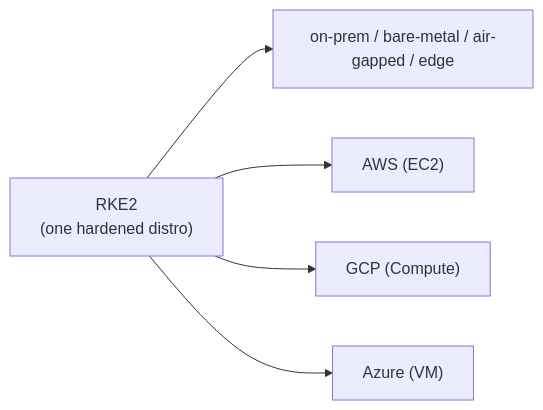
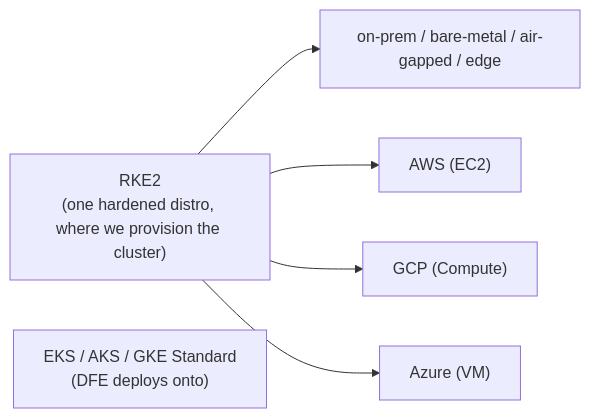
The second of 2 diagrams in docs/deployment/rke2.md (hyperi-io/dfe-infra), drawn with Mermaid before and after one commit. The commit also changed other lines of this file and 93 other files, not shown here.

````diff
--- a/docs/deployment/rke2.md
+++ b/docs/deployment/rke2.md
@@ -76,8 +57,9 @@
 ```mermaid
 flowchart LR
-  rke2["RKE2<br/>(one hardened distro)"]
+  rke2["RKE2<br/>(one hardened distro, where we provision the cluster)"]
   rke2 --> onprem["on-prem / bare-metal / air-gapped / edge"]
   rke2 --> aws["AWS (EC2)"]
   rke2 --> gcp["GCP (Compute)"]
   rke2 --> az["Azure (VM)"]
+  managed["EKS / AKS / GKE Standard<br/>(DFE deploys onto)"]
 ```
````
